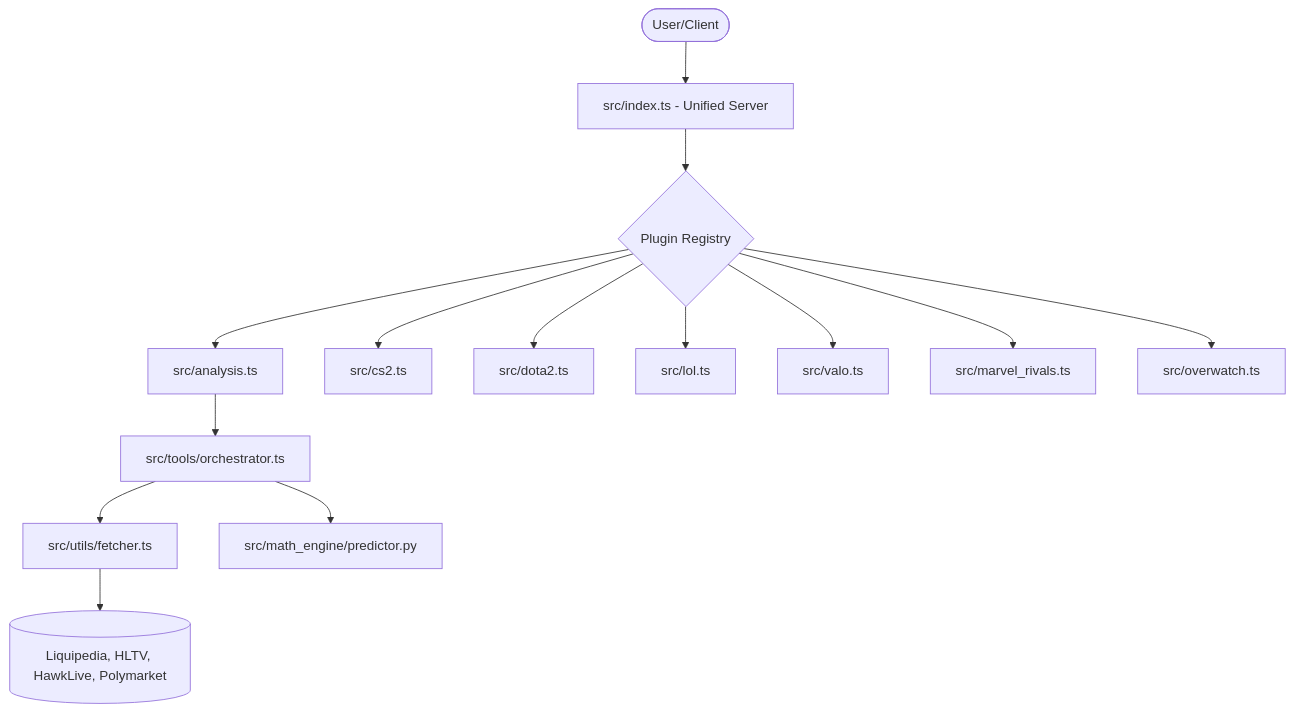
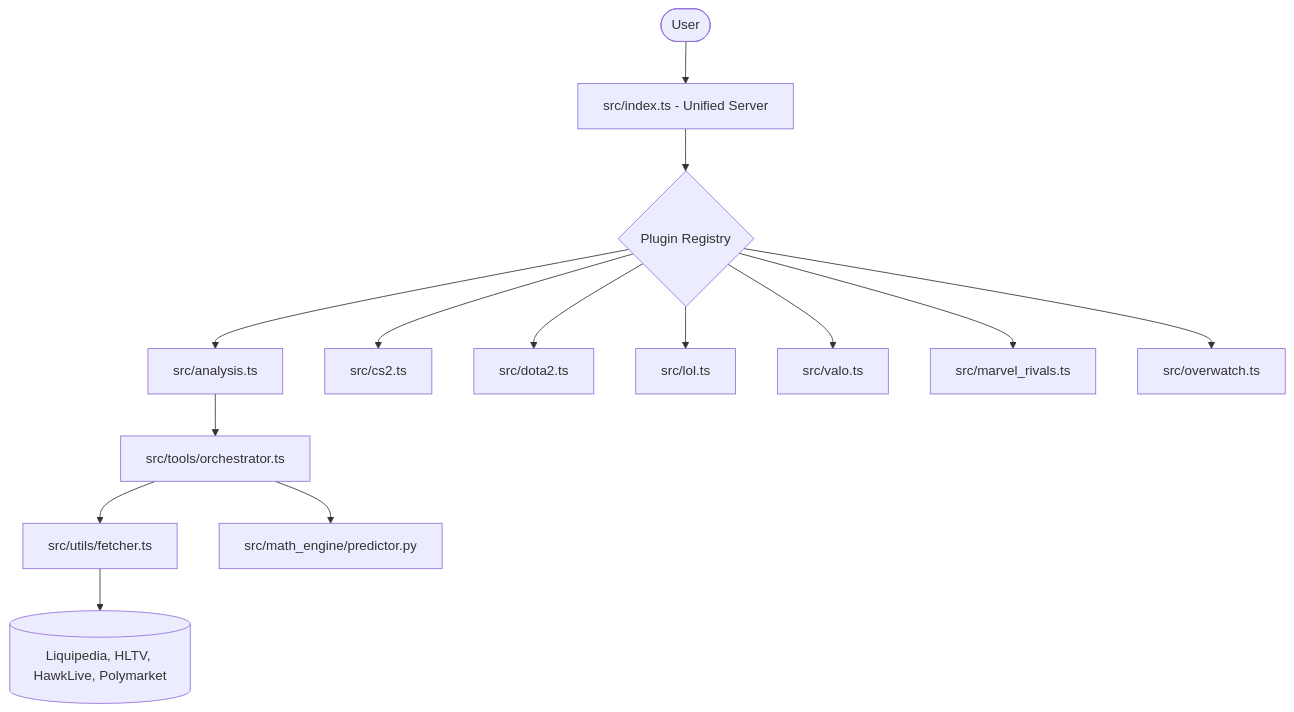
Before and after one commit to thekogit/esports-data-mcp: the diagram in README.md, drawn with Mermaid. The commit also changed other lines of this file, not shown here.

````diff
--- a/README.md
+++ b/README.md
@@ -22,18 +35,18 @@
 ```mermaid
 graph TD
-    User([User/Client]) --> Index[src/index.ts - Unified Server]
+    User([User]) --> Index[src/index.ts - Unified Server]
     Index --> Registry{Plugin Registry}
     Registry --> Analysis[src/analysis.ts]
     Registry --> CS2[src/cs2.ts]
     Registry --> Dota2[src/dota2.ts]
     Registry --> LoL[src/lol.ts]
     Registry --> Valo[src/valo.ts]
     Registry --> Rivals[src/marvel_rivals.ts]
     Registry --> OW[src/overwatch.ts]
     
     Analysis --> Orchestrator[src/tools/orchestrator.ts]
     Orchestrator --> Fetchers[src/utils/fetcher.ts]
     Orchestrator --> MathEngine[src/math_engine/predictor.py]
     
     Fetchers --> Sources[(Liquipedia, HLTV, HawkLive, Polymarket)]
 ```
````
